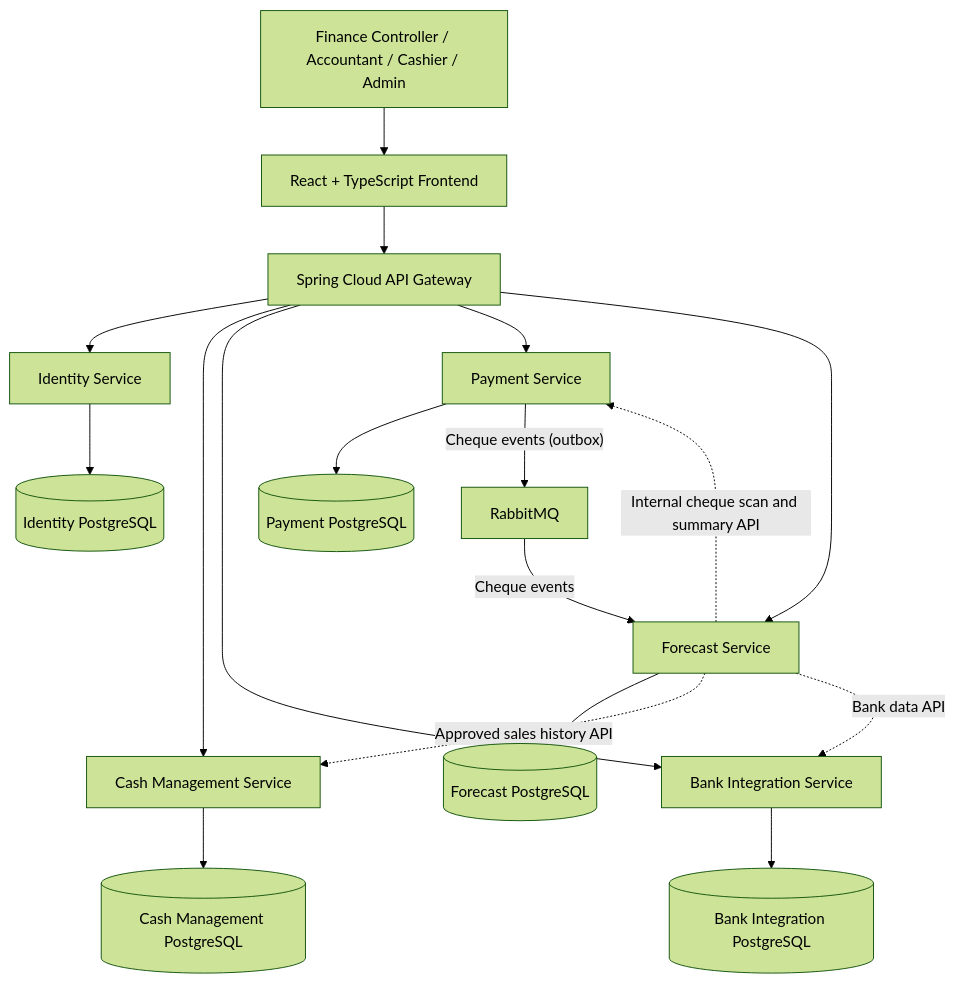
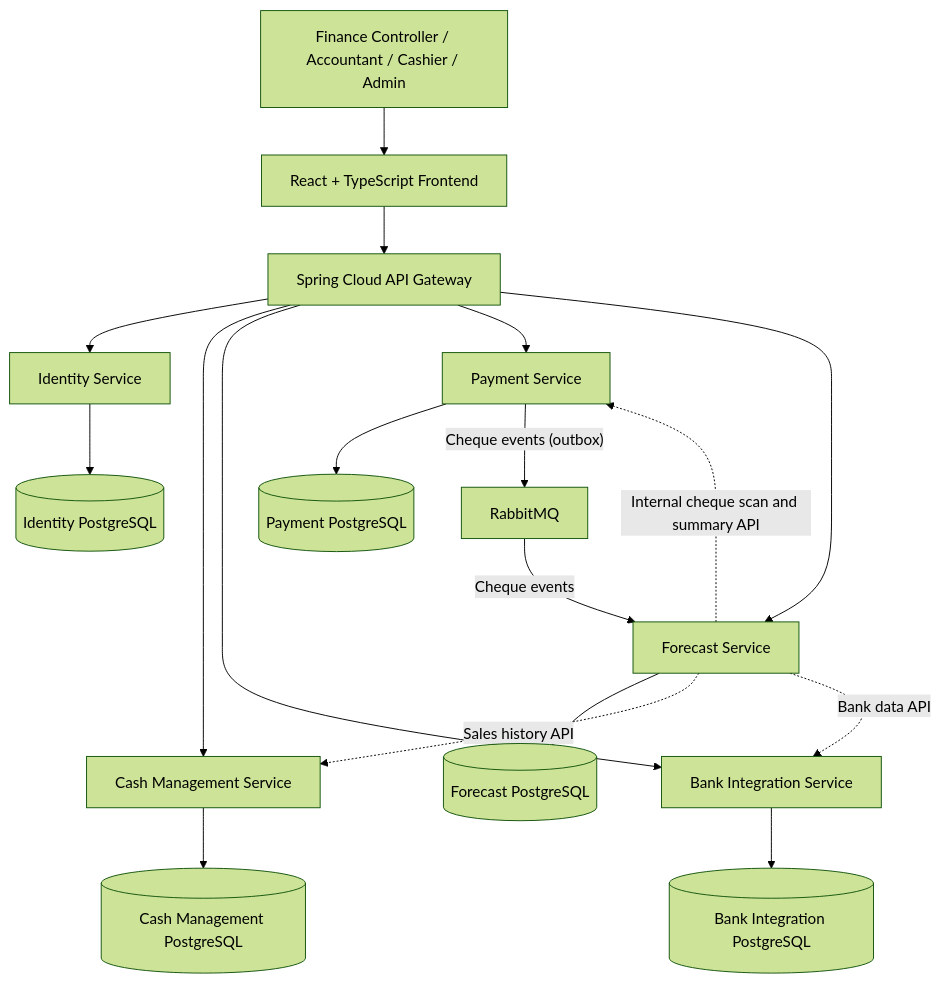
One commit to AnjanaLakshan777/FlowLedger changed the second of 2 diagrams in README.md. Above: the diagram before and after it, drawn with Mermaid (forest theme). The commit also changed other lines of this file and 18 other files, not shown here.

````diff
--- a/README.md
+++ b/README.md
@@ -186,24 +189,24 @@
 ```mermaid
 flowchart TB
     U["Finance Controller / Accountant / Cashier / Admin"] --> FE["React + TypeScript Frontend"]
     FE --> GW["Spring Cloud API Gateway"]
 
     GW --> ID["Identity Service"]
     GW --> CM["Cash Management Service"]
     GW --> BI["Bank Integration Service"]
     GW --> PM["Payment Service"]
     GW --> FS["Forecast Service"]
 
     ID --> IDDB[("Identity PostgreSQL")]
     CM --> CMDB[("Cash Management PostgreSQL")]
     BI --> BIDB[("Bank Integration PostgreSQL")]
     PM --> PMDB[("Payment PostgreSQL")]
     FS --> FSDB[("Forecast PostgreSQL")]
 
     PM -- "Cheque events (outbox)" --> MQ["RabbitMQ"]
     MQ -- "Cheque events" --> FS
 
-    FS -. "Approved sales history API" .-> CM
+    FS -. "Sales history API" .-> CM
     FS -. "Bank data API" .-> BI
     FS -. "Internal cheque scan and summary API" .-> PM
 ```
````
